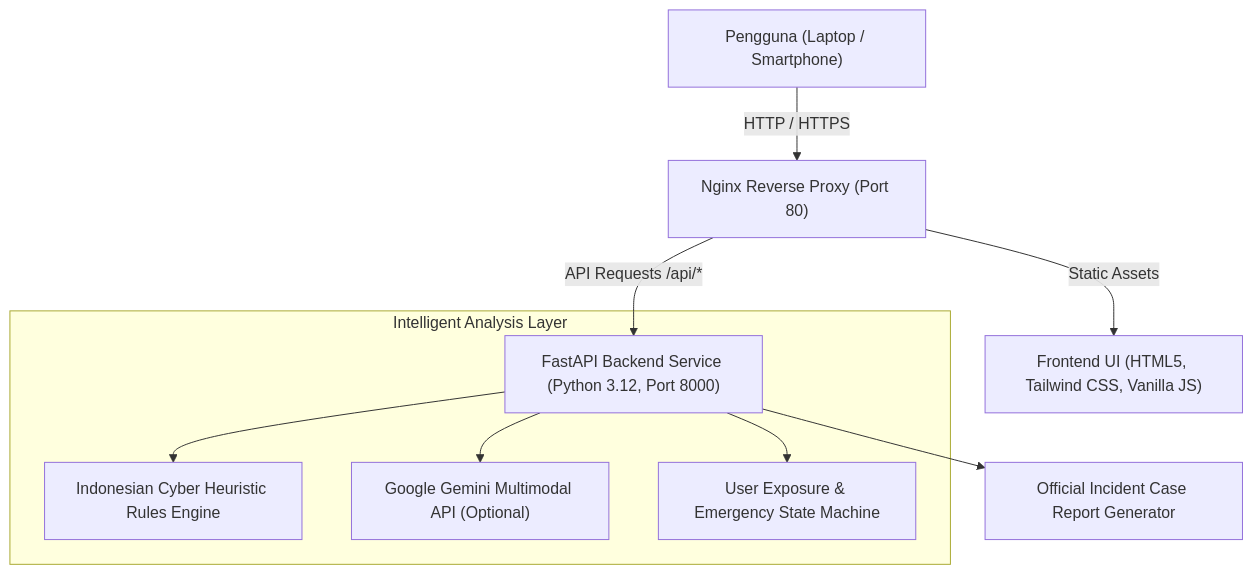
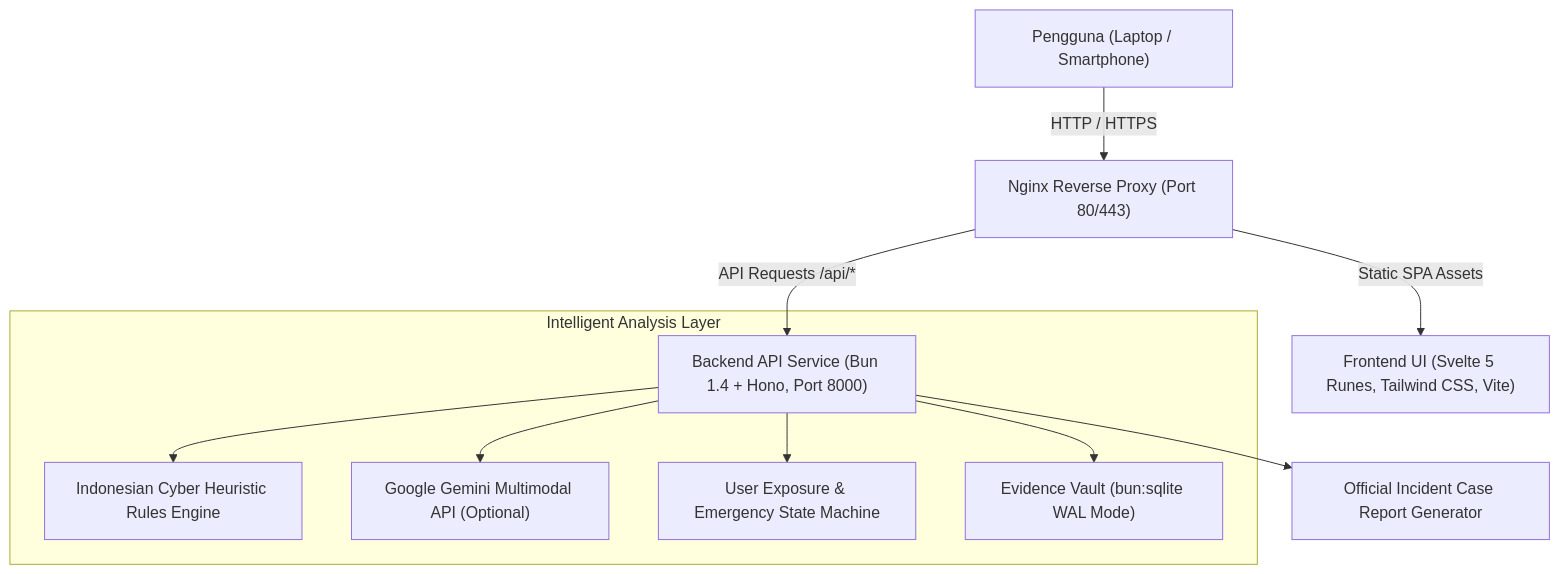
Before and after one commit to aleakucing/scam-check: the diagram in README.md, drawn with Mermaid. The commit also changed other lines of this file and 85 other files, not shown here.

````diff
--- a/README.md
+++ b/README.md
@@ -44,14 +44,15 @@
 ```mermaid
 flowchart TD
-    User["Pengguna (Laptop / Smartphone)"] -->|HTTP / HTTPS| Nginx["Nginx Reverse Proxy (Port 80)"]
-    Nginx -->|Static Assets| Frontend["Frontend UI (HTML5, Tailwind CSS, Vanilla JS)"]
-    Nginx -->|API Requests /api/*| Backend["FastAPI Backend Service (Python 3.12, Port 8000)"]
+    User["Pengguna (Laptop / Smartphone)"] -->|HTTP / HTTPS| Nginx["Nginx Reverse Proxy (Port 80/443)"]
+    Nginx -->|Static SPA Assets| Frontend["Frontend UI (Svelte 5 Runes, Tailwind CSS, Vite)"]
+    Nginx -->|API Requests /api/*| Backend["Backend API Service (Bun 1.4 + Hono, Port 8000)"]
     
     subgraph Engine ["Intelligent Analysis Layer"]
         Backend --> Heuristic["Indonesian Cyber Heuristic Rules Engine"]
         Backend --> Gemini["Google Gemini Multimodal API (Optional)"]
         Backend --> ExposureEvaluator["User Exposure & Emergency State Machine"]
+        Backend --> SQLite["Evidence Vault (bun:sqlite WAL Mode)"]
     end
 
     Backend --> ReportGen["Official Incident Case Report Generator"]
 ```
````
